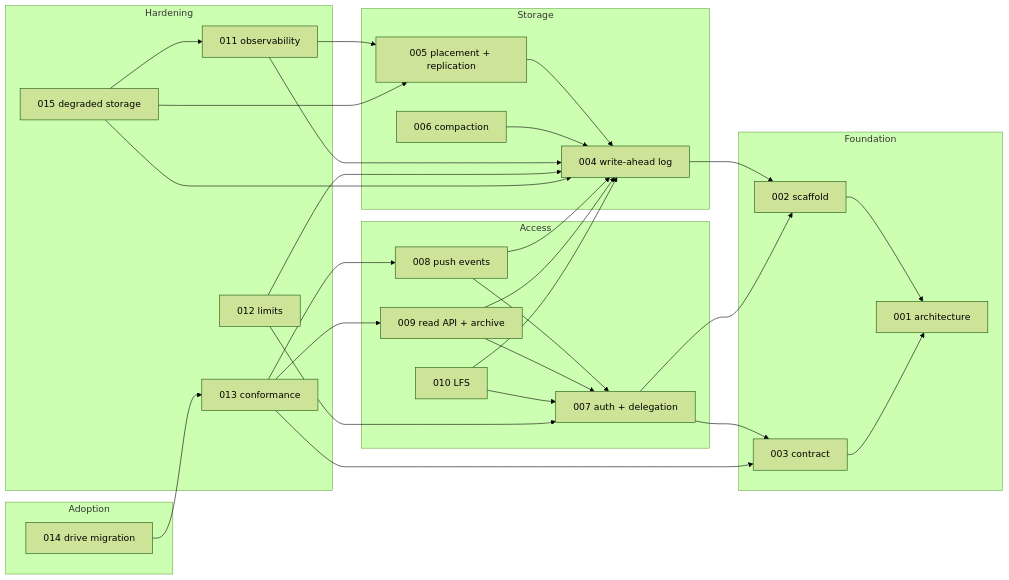
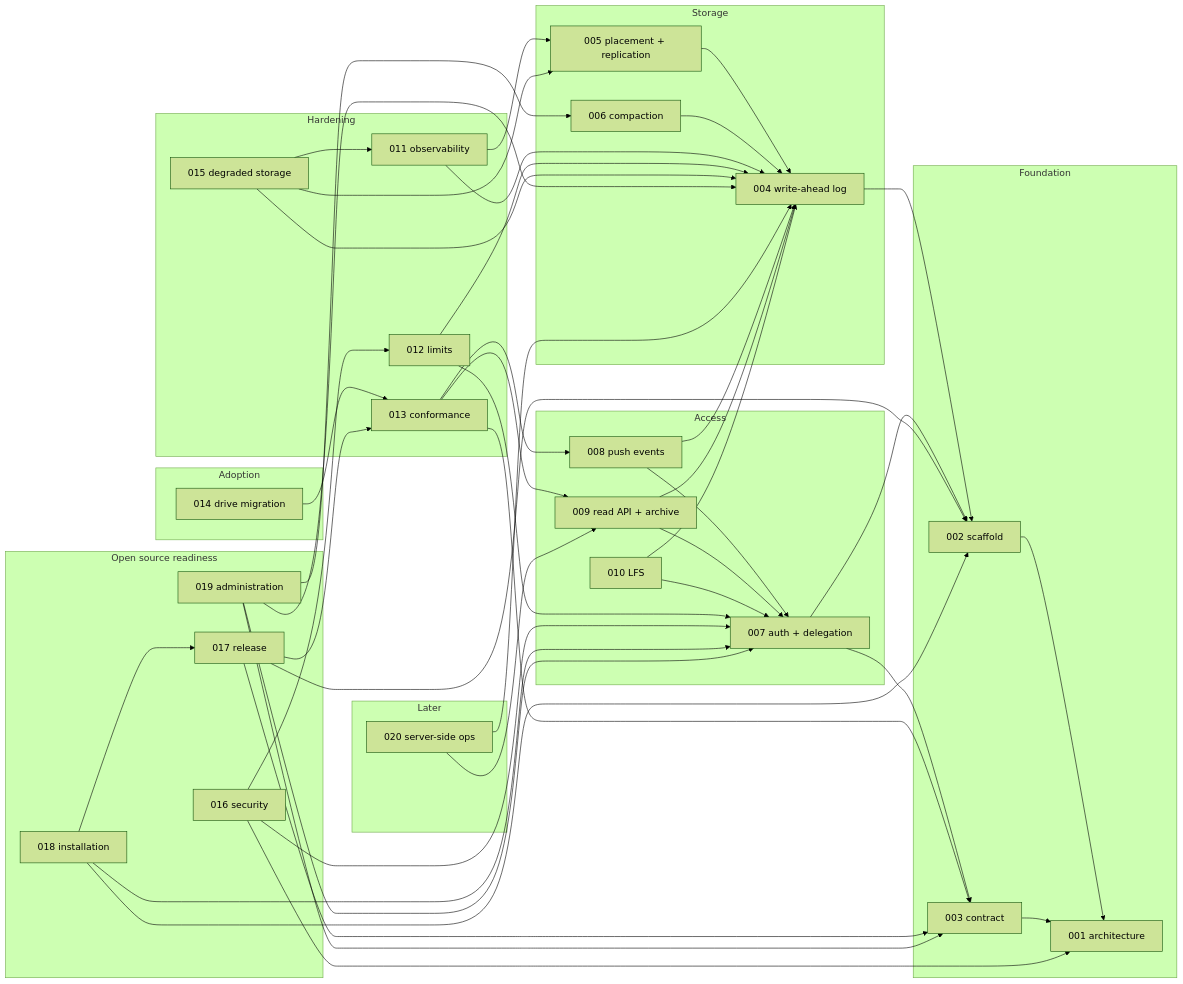
One commit to latere-ai/origo changed the second of 2 diagrams in specs/README.md. Above: the diagram before and after it, drawn with Mermaid (forest theme). The commit also changed other lines of this file and 8 other files, not shown here.

First line of the commit message:
specs: the open source bar: security, release, installation, administration

````diff
--- a/specs/README.md
+++ b/specs/README.md
@@ -54,52 +59,76 @@
 ```mermaid
 flowchart LR
   subgraph F[Foundation]
     S001[001 architecture]
     S002[002 scaffold]
     S003[003 contract]
   end
   subgraph S[Storage]
     S004[004 write-ahead log]
     S005[005 placement + replication]
     S006[006 compaction]
   end
   subgraph A[Access]
     S007[007 auth + delegation]
     S008[008 push events]
     S009[009 read API + archive]
     S010[010 LFS]
   end
   subgraph H[Hardening]
     S011[011 observability]
     S012[012 limits]
     S013[013 conformance]
     S015[015 degraded storage]
   end
+  subgraph O[Open source readiness]
+    S016[016 security]
+    S017[017 release]
+    S018[018 installation]
+    S019[019 administration]
+  end
   subgraph M[Adoption]
     S014[014 drive migration]
+  end
+  subgraph L[Later]
+    S020[020 server-side ops]
   end
   S002 --> S001
   S003 --> S001
   S004 --> S002
   S005 --> S004
   S006 --> S004
   S007 --> S002
   S007 --> S003
   S008 --> S004
   S008 --> S007
   S009 --> S004
   S009 --> S007
   S010 --> S004
   S010 --> S007
   S011 --> S004
   S011 --> S005
   S012 --> S007
   S012 --> S004
   S013 --> S003
   S013 --> S008
   S013 --> S009
   S014 --> S013
   S015 --> S004
   S015 --> S005
   S015 --> S011
+  S016 --> S001
+  S016 --> S007
+  S016 --> S012
+  S017 --> S002
+  S017 --> S003
+  S017 --> S013
+  S018 --> S002
+  S018 --> S007
+  S018 --> S017
+  S019 --> S003
+  S019 --> S004
+  S019 --> S006
+  S019 --> S007
+  S020 --> S009
+  S020 --> S004
 ```
````
